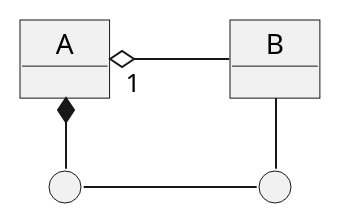
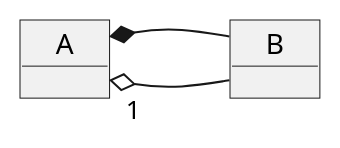
One commit to kyriosdata/oo changed the diagram in Imagens/modelos-08/mod08ima01/mod08ima01.plantuml. Above: the diagram before and after it, drawn with PlantUML. The commit also changed 24 other files, not shown here.

```diff
--- a/Imagens/modelos-08/mod08ima01/mod08ima01.plantuml
+++ b/Imagens/modelos-08/mod08ima01/mod08ima01.plantuml
@@ -1,12 +1,7 @@
 @startuml mod07ima06
-skinparam Linetype ortho
 object "   A   " as aa
 object "   B   " as bb
-circle " " as cc
-circle " " as dd
 left to right direction
 aa "1" o-- bb
-aa *-right- cc
-cc -- dd
-dd -left- bb
+aa *-- bb
 @enduml
```
